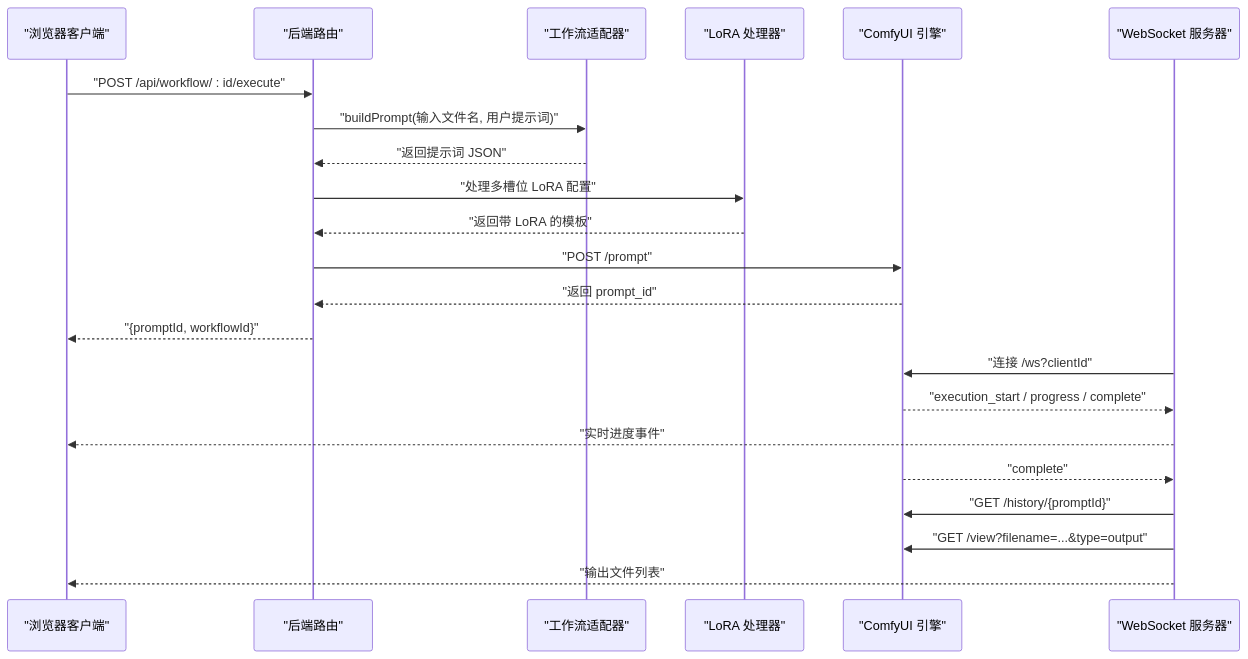
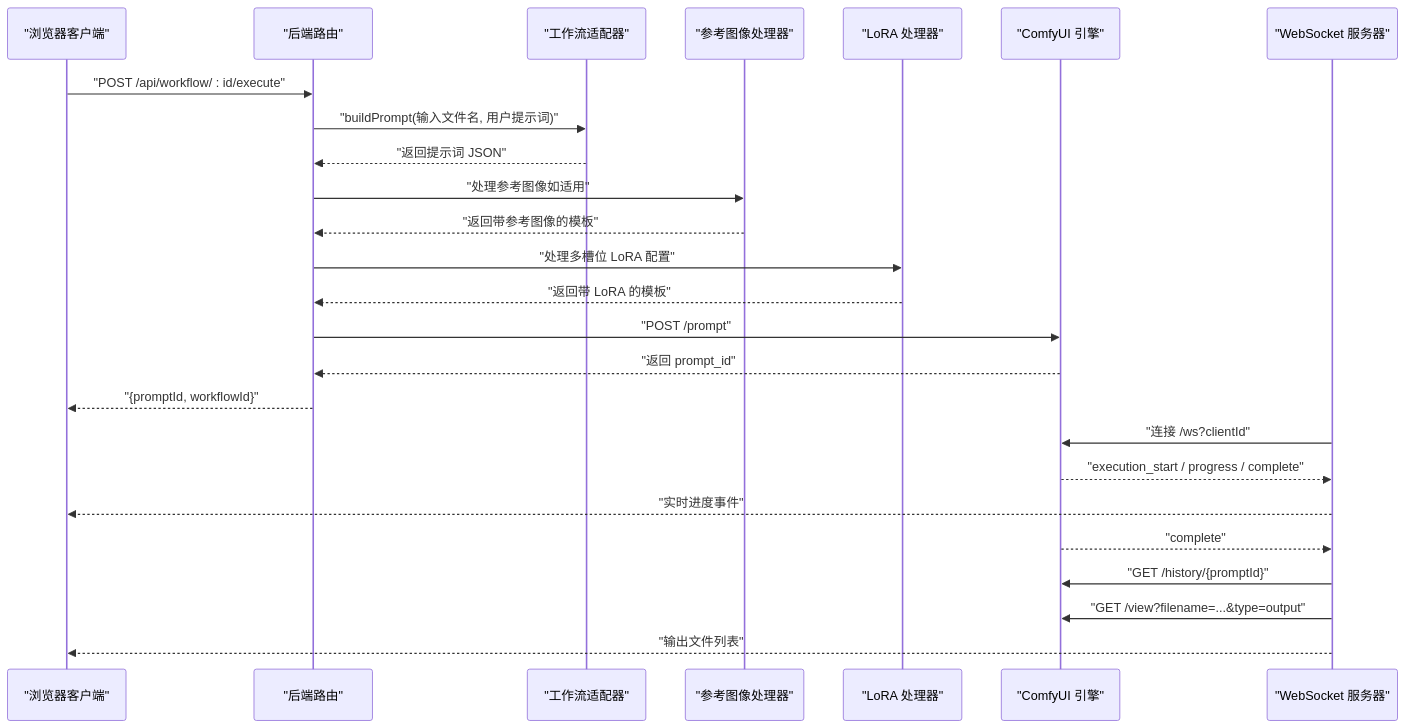
The second of 12 diagrams in .qoder/repowiki/zh/content/工作流系统/工作流系统.md (billye220670/CorineKit_Pix2Real), drawn with Mermaid before and after one commit. The commit also changed other lines of this file and 11 other files, not shown here.

````diff
--- a/.qoder/repowiki/zh/content/工作流系统/工作流系统.md
+++ b/.qoder/repowiki/zh/content/工作流系统/工作流系统.md
@@ -121,24 +131,27 @@
 ```mermaid
 sequenceDiagram
 participant Client as "浏览器客户端"
 participant Backend as "后端路由"
 participant Adapter as "工作流适配器"
+participant RefHandler as "参考图像处理器"
 participant LoRAHandler as "LoRA 处理器"
 participant Comfy as "ComfyUI 引擎"
 participant WS as "WebSocket 服务器"
 Client->>Backend : "POST /api/workflow/ : id/execute"
 Backend->>Adapter : "buildPrompt(输入文件名, 用户提示词)"
 Adapter-->>Backend : "返回提示词 JSON"
+Backend->>RefHandler : "处理参考图像如适用"
+RefHandler-->>Backend : "返回带参考图像的模板"
 Backend->>LoRAHandler : "处理多槽位 LoRA 配置"
 LoRAHandler-->>Backend : "返回带 LoRA 的模板"
 Backend->>Comfy : "POST /prompt"
 Comfy-->>Backend : "返回 prompt_id"
 Backend-->>Client : "{promptId, workflowId}"
 WS->>Comfy : "连接 /ws?clientId"
 Comfy-->>WS : "execution_start / progress / complete"
 WS-->>Client : "实时进度事件"
 Comfy-->>WS : "complete"
 WS->>Comfy : "GET /history/{promptId}"
 WS->>Comfy : "GET /view?filename=...&type=output"
 WS-->>Client : "输出文件列表"
 ```
````
